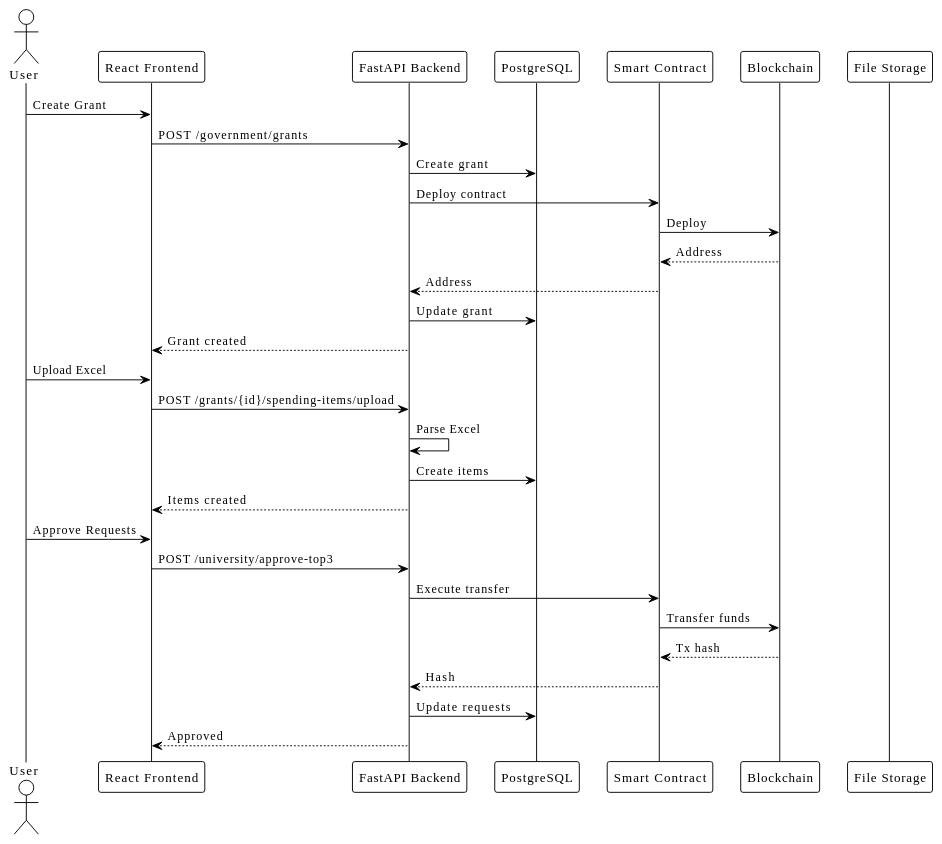
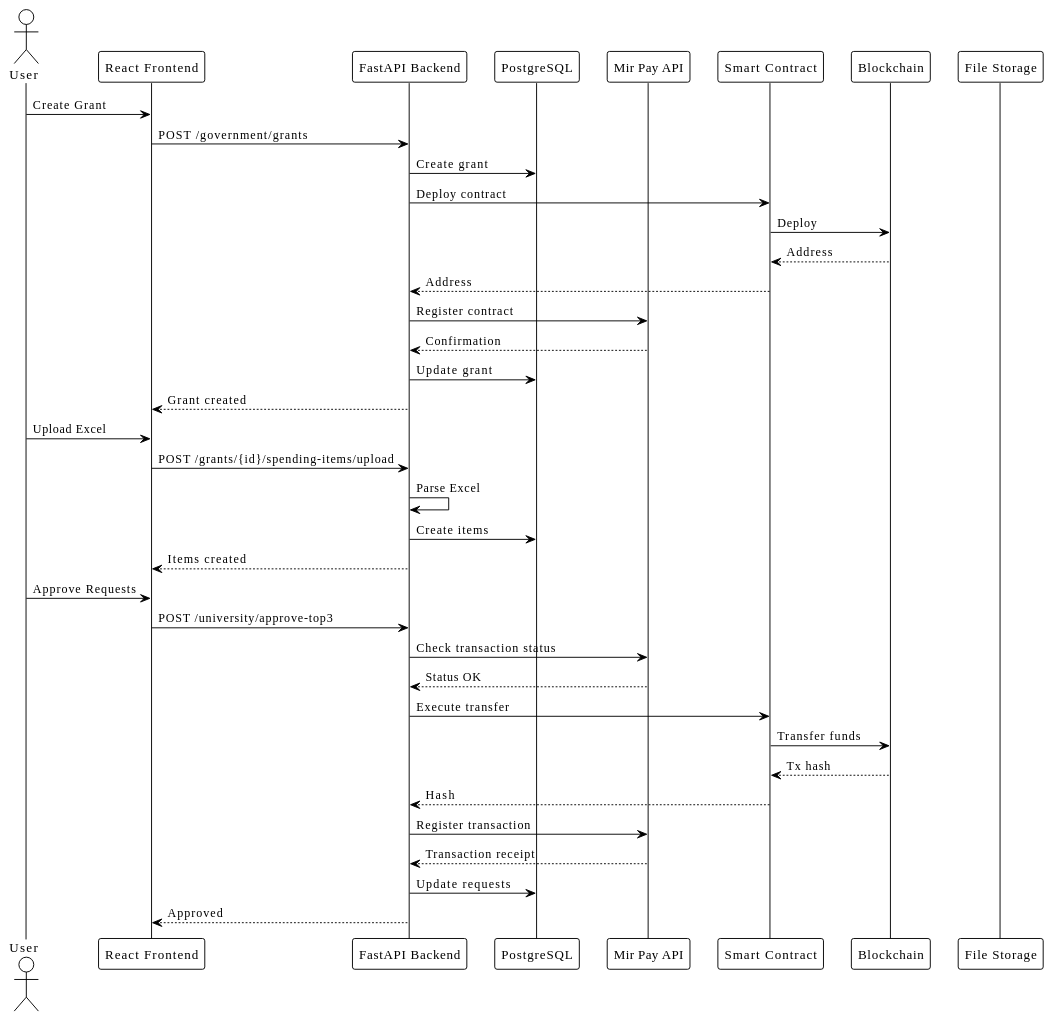
One commit to The-United-Nation-of-Monkeys/hmu-front changed diagram 17 of 23 in UML_DIAGRAMS.md. Above: the diagram before and after it, drawn with PlantUML. The commit also changed other lines of this file, not shown here.

Commit message:
diagrams

````diff
--- a/UML_DIAGRAMS.md
+++ b/UML_DIAGRAMS.md
@@ -814,39 +828,46 @@
 ```plantuml
 @startuml Full Stack Flow
 !theme plain
 
 actor User
 participant "React Frontend" as Frontend
 participant "FastAPI Backend" as Backend
 participant "PostgreSQL" as DB
+participant "Mir Pay API" as MirPay
 participant "Smart Contract" as Contract
 participant "Blockchain" as Chain
 participant "File Storage" as Storage
 
 User -> Frontend: Create Grant
 Frontend -> Backend: POST /government/grants
 Backend -> DB: Create grant
 Backend -> Contract: Deploy contract
 Contract -> Chain: Deploy
 Chain --> Contract: Address
 Contract --> Backend: Address
+Backend -> MirPay: Register contract
+MirPay --> Backend: Confirmation
 Backend -> DB: Update grant
 Backend --> Frontend: Grant created
 
 User -> Frontend: Upload Excel
 Frontend -> Backend: POST /grants/{id}/spending-items/upload
 Backend -> Backend: Parse Excel
 Backend -> DB: Create items
 Backend --> Frontend: Items created
 
 User -> Frontend: Approve Requests
 Frontend -> Backend: POST /university/approve-top3
+Backend -> MirPay: Check transaction status
+MirPay --> Backend: Status OK
 Backend -> Contract: Execute transfer
 Contract -> Chain: Transfer funds
 Chain --> Contract: Tx hash
 Contract --> Backend: Hash
+Backend -> MirPay: Register transaction
+MirPay --> Backend: Transaction receipt
 Backend -> DB: Update requests
 Backend --> Frontend: Approved
 
 @enduml
 ```
````
